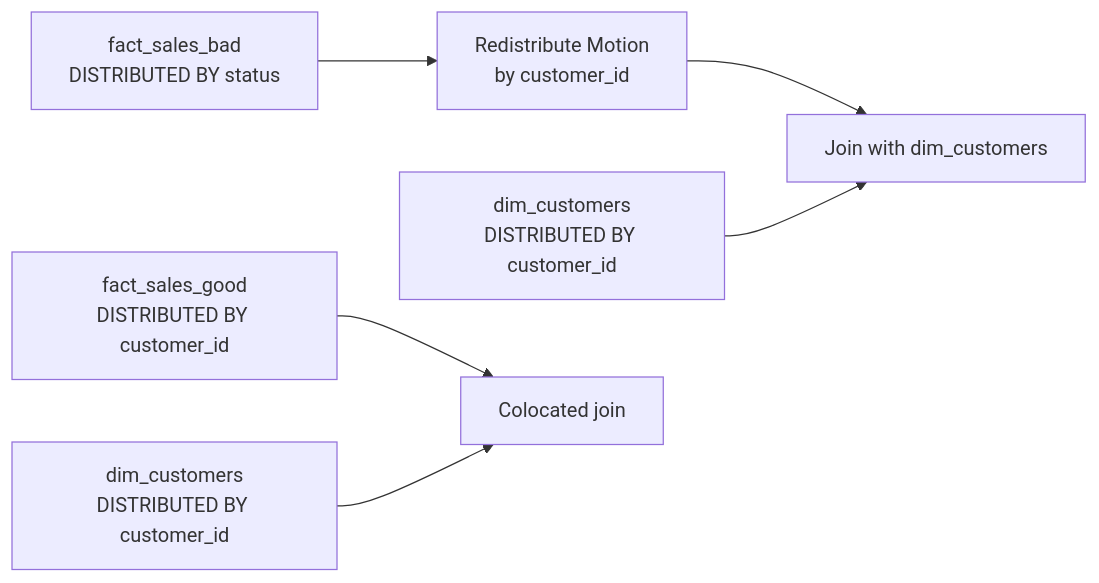
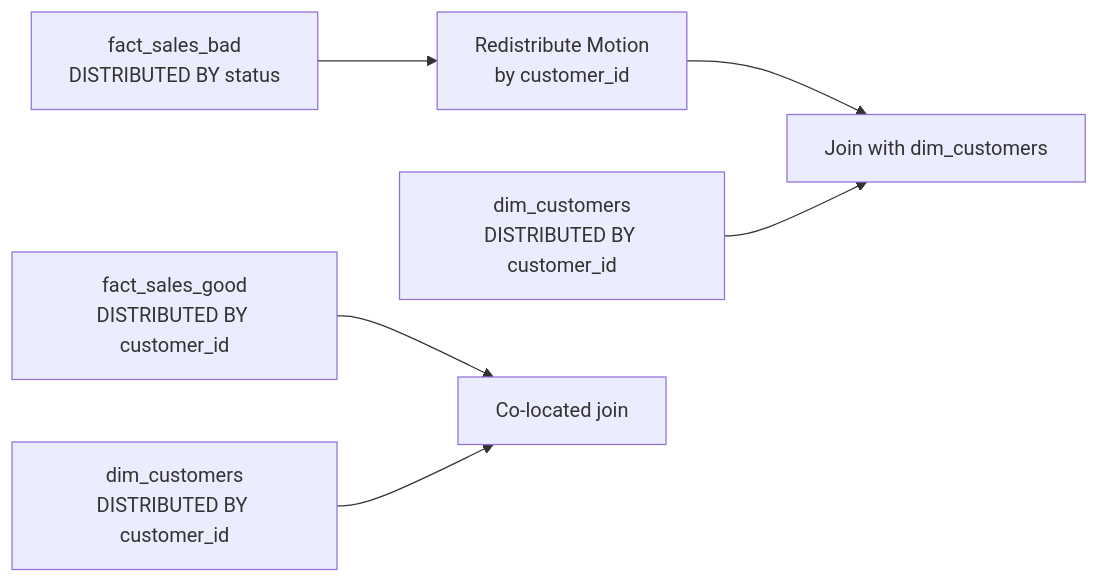
Before and after one commit to PaulKov/de-mentor: the second of 2 diagrams in docs/lessons/01-greenplum/architecture.md, drawn with Mermaid. The commit also changed other lines of this file and 25 other files, not shown here.

````diff
--- a/docs/lessons/01-greenplum/architecture.md
+++ b/docs/lessons/01-greenplum/architecture.md
@@ -20,9 +22,9 @@
 ```mermaid
 flowchart LR
     FactBad["fact_sales_bad<br/>DISTRIBUTED BY status"] --> Motion["Redistribute Motion<br/>by customer_id"]
     Motion --> JoinBad["Join with dim_customers"]
     DimCustomers["dim_customers<br/>DISTRIBUTED BY customer_id"] --> JoinBad
 
-    FactGood["fact_sales_good<br/>DISTRIBUTED BY customer_id"] --> JoinGood["Colocated join"]
+    FactGood["fact_sales_good<br/>DISTRIBUTED BY customer_id"] --> JoinGood["Co-located join"]
     DimCustomers2["dim_customers<br/>DISTRIBUTED BY customer_id"] --> JoinGood
 ```
````
